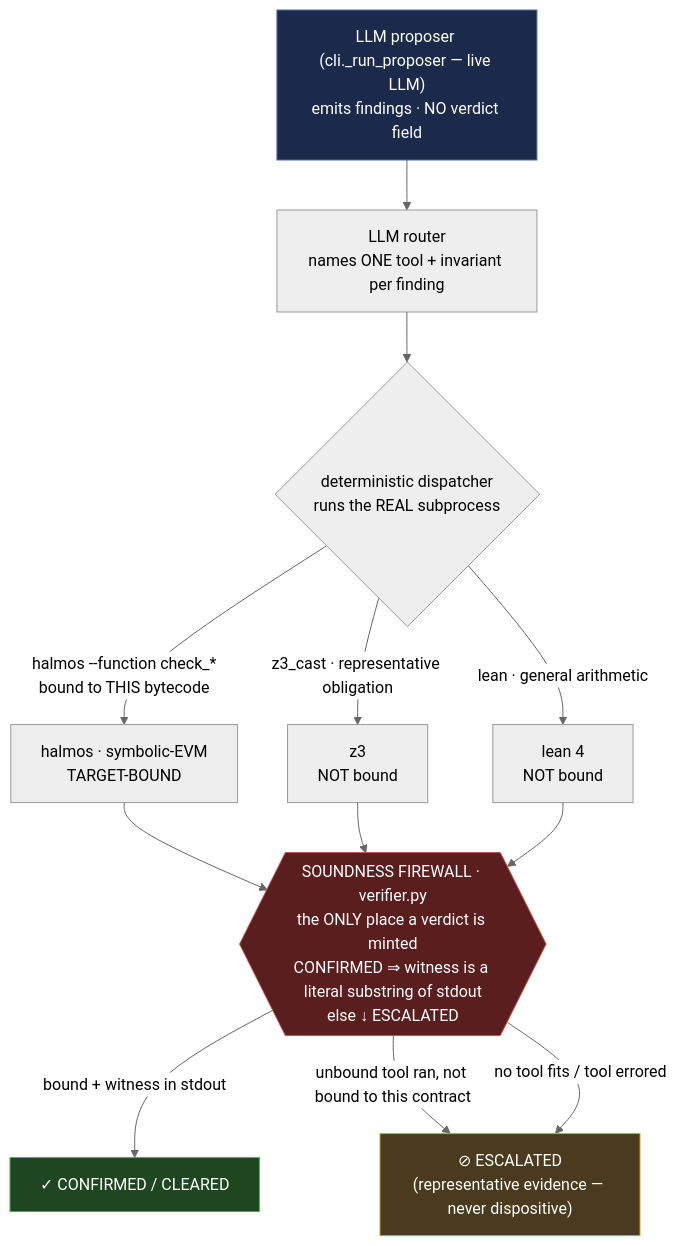
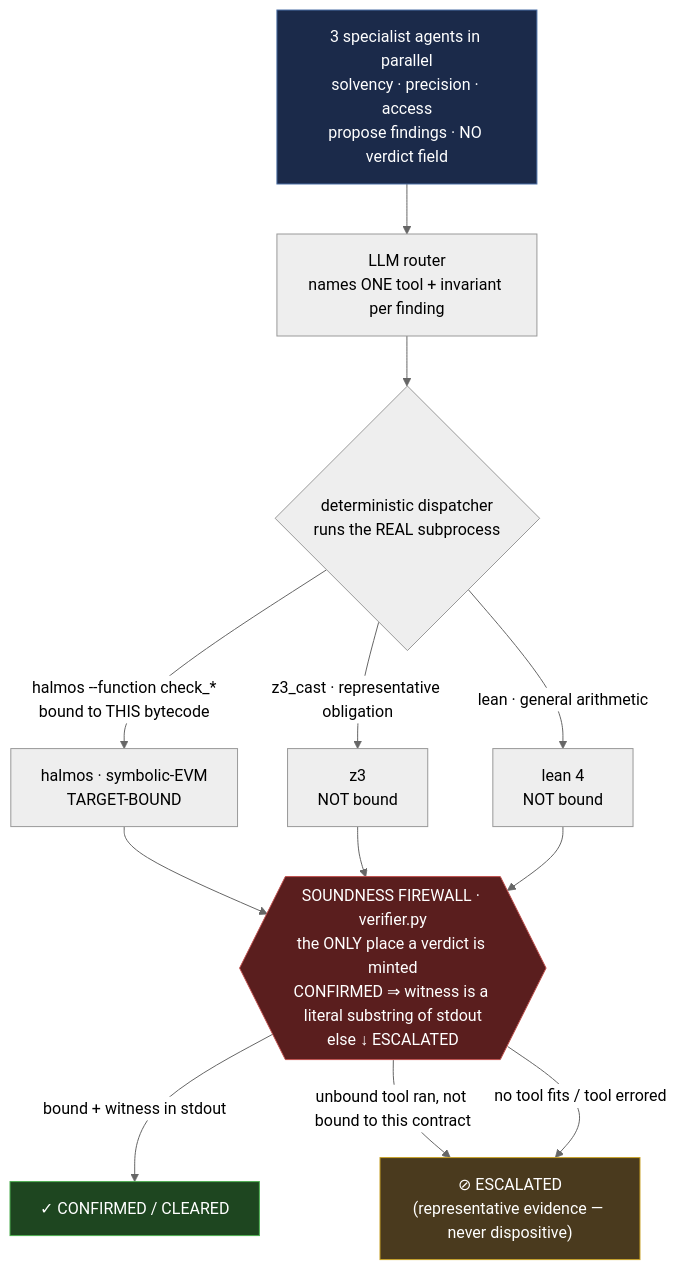
Before and after one commit to qizwiz/plumbline: the diagram in README.md, drawn with Mermaid (neutral theme). The commit also changed other lines of this file and 3 other files, not shown here.

First line of the commit message:
agents: genuine multi-agent proposer (parallel specialist hunters)

````diff
--- a/README.md
+++ b/README.md
@@ -52,19 +54,19 @@
 ```mermaid
 flowchart TD
-    A["LLM proposer (cli._run_proposer — live LLM)<br/>emits findings · NO verdict field"] --> B["LLM router<br/>names ONE tool + invariant per finding"]
+    A["3 specialist agents in parallel<br/>solvency · precision · access<br/>propose findings · NO verdict field"] --> B["LLM router<br/>names ONE tool + invariant per finding"]
     B --> C{"deterministic dispatcher<br/>runs the REAL subprocess"}
     C -->|"halmos --function check_*<br/>bound to THIS bytecode"| H["halmos · symbolic-EVM<br/>TARGET-BOUND"]
     C -->|"z3_cast · representative obligation"| Z["z3<br/>NOT bound"]
     C -->|"lean · general arithmetic"| L["lean 4<br/>NOT bound"]
     H --> F
     Z --> F
     L --> F
     F{{"SOUNDNESS FIREWALL · verifier.py<br/>the ONLY place a verdict is minted<br/>CONFIRMED ⇒ witness is a literal substring of stdout<br/>else ↓ ESCALATED"}}
     F -->|"bound + witness in stdout"| OK["✓ CONFIRMED / CLEARED"]
     F -->|"unbound tool ran, not bound to this contract"| ESC["⊘ ESCALATED<br/>(representative evidence — never dispositive)"]
     F -->|"no tool fits / tool errored"| ESC
     style A fill:#1b2a4a,stroke:#4a6fa5,color:#fff
     style F fill:#5a1e1e,stroke:#c0504d,color:#fff
     style OK fill:#1e4620,stroke:#4caf50,color:#fff
     style ESC fill:#4a3a1e,stroke:#c9a227,color:#fff
 ```
````
